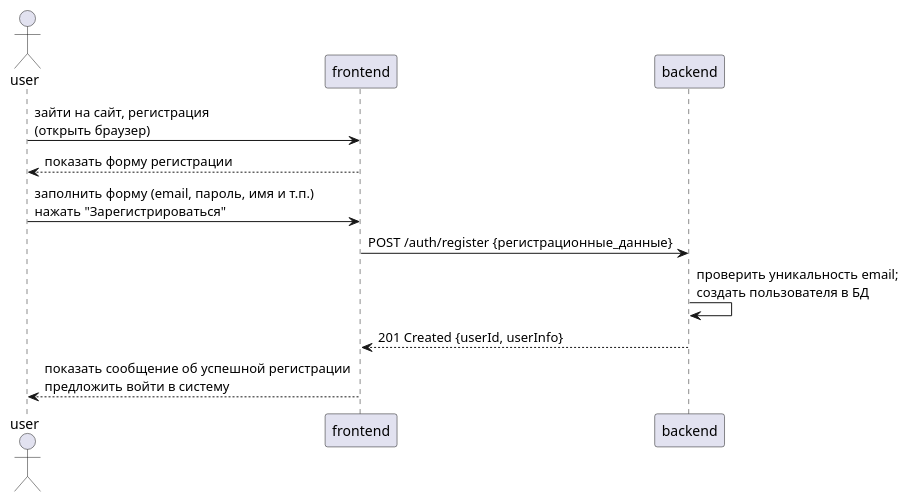
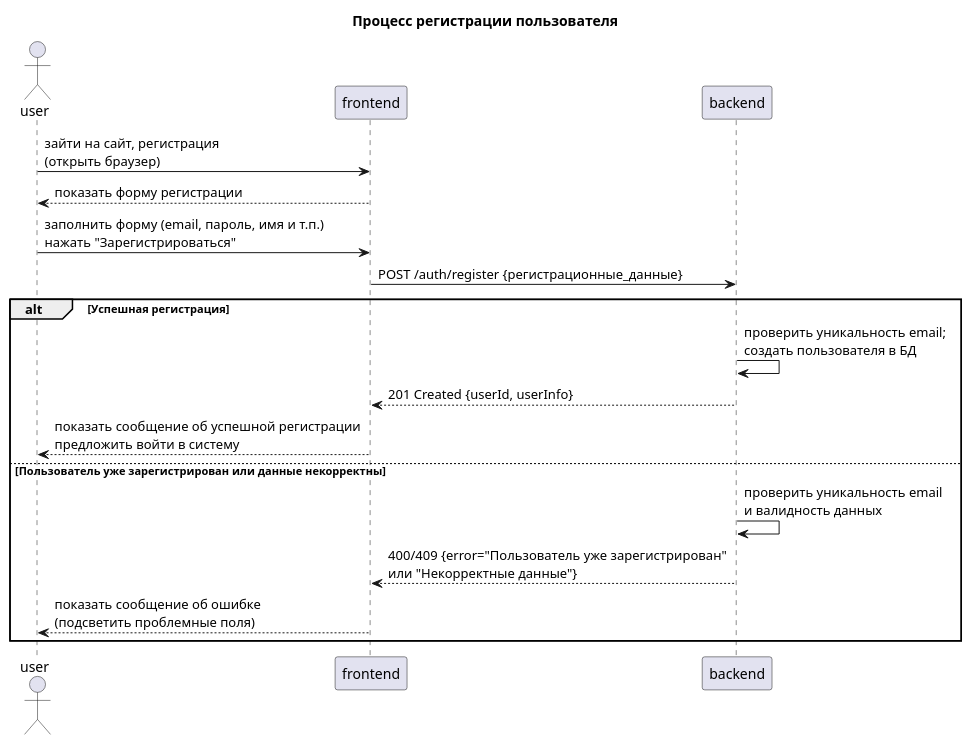
The diagram in plantUML diags/sign_up.wsd (mr-yragan/TicketSwapBackend), drawn with PlantUML before and after one commit. The commit also changed 6 other files, not shown here.

Commit message:
updated sequence-diagramms

```diff
--- a/plantUML diags/sign_up.wsd
+++ b/plantUML diags/sign_up.wsd
@@ -1,15 +1,23 @@
 @startuml
+title Процесс регистрации пользователя
 
 actor user
 participant frontend
 participant backend
 
 user -> frontend: зайти на сайт, регистрация \n(открыть браузер)
 frontend --> user: показать форму регистрации
 user -> frontend: заполнить форму (email, пароль, имя и т.п.) \nнажать "Зарегистрироваться"
 frontend -> backend: POST /auth/register {регистрационные_данные}
-backend -> backend: проверить уникальность email; \nсоздать пользователя в БД
-backend --> frontend: 201 Created {userId, userInfo}
-frontend --> user: показать сообщение об успешной регистрации \nпредложить войти в систему
+
+alt Успешная регистрация
+    backend -> backend: проверить уникальность email; \nсоздать пользователя в БД
+    backend --> frontend: 201 Created {userId, userInfo}
+    frontend --> user: показать сообщение об успешной регистрации \nпредложить войти в систему
+else Пользователь уже зарегистрирован или данные некорректны
+    backend -> backend: проверить уникальность email \nи валидность данных
+    backend --> frontend: 400/409 {error="Пользователь уже зарегистрирован" \nили "Некорректные данные"}
+    frontend --> user: показать сообщение об ошибке \n(подсветить проблемные поля)
+end
 
 @enduml
```
